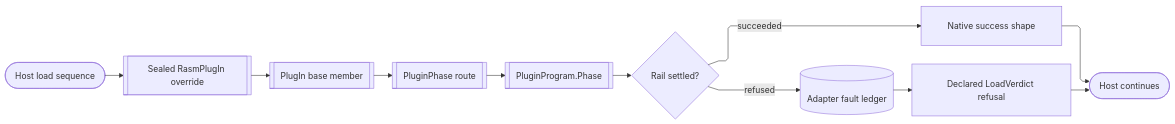
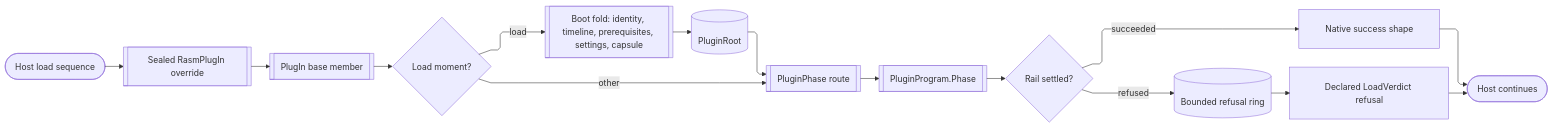
The diagram in libs/csharp/Rasm.Rhino/.planning/Plugin/lifecycle.md (bsamiee/Rasm), drawn with Mermaid before and after one commit. The commit also changed other lines of this file and 818 other files, not shown here.

````diff
--- a/libs/csharp/Rasm.Rhino/.planning/Plugin/lifecycle.md
+++ b/libs/csharp/Rasm.Rhino/.planning/Plugin/lifecycle.md
@@ -314,22 +500,26 @@
 ```mermaid
 ---
 config:
   layout: elk
   flowchart:
     curve: linear
     padding: 25
 ---
 flowchart LR
-    accTitle: Rasm.Rhino plugin hook custody
-    accDescr: The host load sequence entering one sealed RasmPlugIn override, which chains the PlugIn base member first and then routes a typed PluginPhase onto the program hook, settling either as the native success shape or as a refusal that records its error on the adapter fault ledger and answers the declared LoadVerdict refusal code, so both paths return to the host and no hook fault re-enters the loader.
+    accTitle: Rasm.Rhino plugin load root and hook custody
+    accDescr: The host load sequence entering one sealed RasmPlugIn override, which chains the PlugIn base member first and then either runs the boot fold that resolves package identity, the session timeline, registry prerequisites, the settings node, and the shell capsule into one PluginRoot, or routes a typed PluginPhase onto the program hook. Both settle either as the native success shape or as a refusal that parks its error on the adapter refusal ring and answers the declared LoadVerdict refusal code, so every path returns to the host and no hook fault re-enters the loader.
     Host([Host load sequence]) e1@--> Override[[Sealed RasmPlugIn override]]
     Override e2@--> Base[[PlugIn base member]]
-    Base e3@--> Phase[[PluginPhase route]]
-    Phase e4@--> Hook[[PluginProgram.Phase]]
-    Hook e5@--> Settled{Rail settled?}
-    Settled e6@-->|"succeeded"| Native[Native success shape]
-    Settled f1@-->|"refused"| Ledger[(Adapter fault ledger)]
-    Ledger f2@--> Refusal[Declared LoadVerdict refusal]
-    Native e7@--> Return([Host continues])
-    Refusal f3@--> Return
+    Base e3@--> Kind{Load moment?}
+    Kind e4@-->|"load"| Boot[[Boot fold: identity, timeline, prerequisites, settings, capsule]]
+    Kind e5@-->|"other"| Phase[[PluginPhase route]]
+    Boot e6@--> Root[(PluginRoot)]
+    Root e7@--> Phase
+    Phase e8@--> Hook[[PluginProgram.Phase]]
+    Hook e9@--> Settled{Rail settled?}
+    Settled f1@-->|"succeeded"| Native[Native success shape]
+    Settled f2@-->|"refused"| Ledger[(Bounded refusal ring)]
+    Ledger f3@--> Refusal[Declared LoadVerdict refusal]
+    Native f4@--> Return([Host continues])
+    Refusal f5@--> Return
 ```
````
